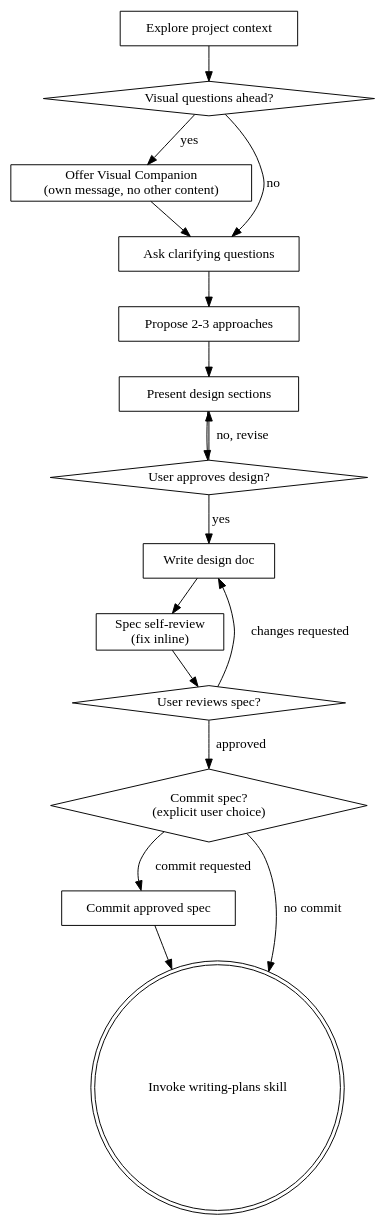
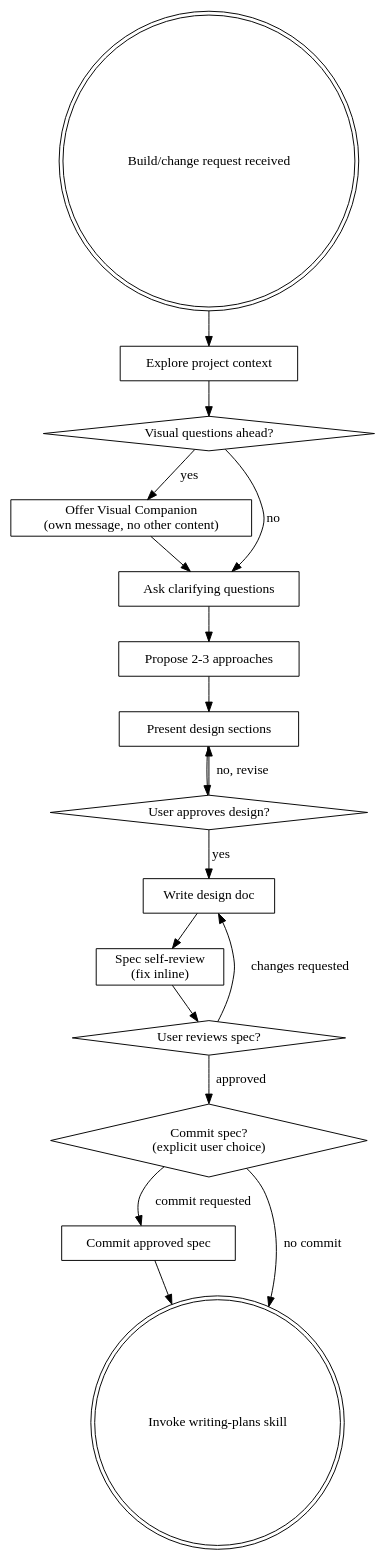
The diagram in skills/brainstorming/SKILL.md (kirito41dd/k-superpowers), drawn with Graphviz before and after one commit. The commit also changed 6 other files, not shown here.

First line of the commit message:
Repair skill flowcharts and align intent gate with upstream spirit

````diff
--- a/skills/brainstorming/SKILL.md
+++ b/skills/brainstorming/SKILL.md
@@ -47,34 +47,36 @@
 ```dot
 digraph brainstorming {
+    "Build/change request received" [shape=doublecircle];
     "Explore project context" [shape=box];
     "Visual questions ahead?" [shape=diamond];
     "Offer Visual Companion\n(own message, no other content)" [shape=box];
     "Ask clarifying questions" [shape=box];
     "Propose 2-3 approaches" [shape=box];
     "Present design sections" [shape=box];
     "User approves design?" [shape=diamond];
     "Write design doc" [shape=box];
     "Spec self-review\n(fix inline)" [shape=box];
     "User reviews spec?" [shape=diamond];
     "Commit spec?\n(explicit user choice)" [shape=diamond];
     "Commit approved spec" [shape=box];
     "Invoke writing-plans skill" [shape=doublecircle];
 
+    "Build/change request received" -> "Explore project context";
     "Explore project context" -> "Visual questions ahead?";
     "Visual questions ahead?" -> "Offer Visual Companion\n(own message, no other content)" [label="yes"];
     "Visual questions ahead?" -> "Ask clarifying questions" [label="no"];
     "Offer Visual Companion\n(own message, no other content)" -> "Ask clarifying questions";
     "Ask clarifying questions" -> "Propose 2-3 approaches";
     "Propose 2-3 approaches" -> "Present design sections";
     "Present design sections" -> "User approves design?";
     "User approves design?" -> "Present design sections" [label="no, revise"];
     "User approves design?" -> "Write design doc" [label="yes"];
     "Write design doc" -> "Spec self-review\n(fix inline)";
     "Spec self-review\n(fix inline)" -> "User reviews spec?";
     "User reviews spec?" -> "Write design doc" [label="changes requested"];
     "User reviews spec?" -> "Commit spec?\n(explicit user choice)" [label="approved"];
     "Commit spec?\n(explicit user choice)" -> "Commit approved spec" [label="commit requested"];
     "Commit spec?\n(explicit user choice)" -> "Invoke writing-plans skill" [label="no commit"];
     "Commit approved spec" -> "Invoke writing-plans skill";
 }
 ```
````
